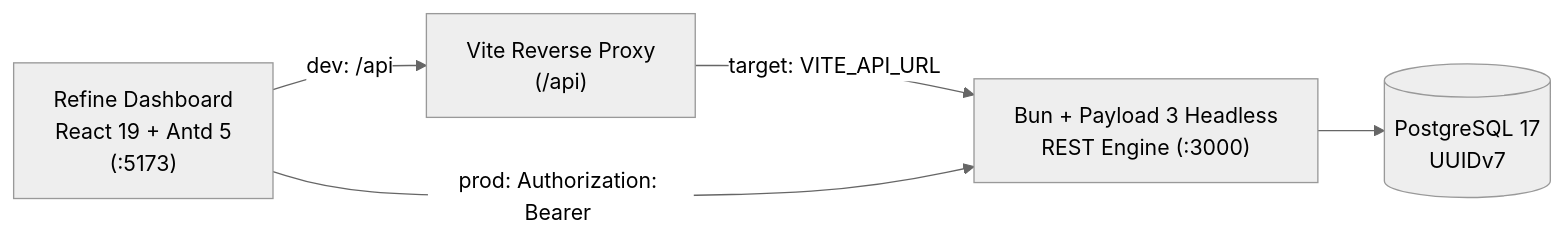
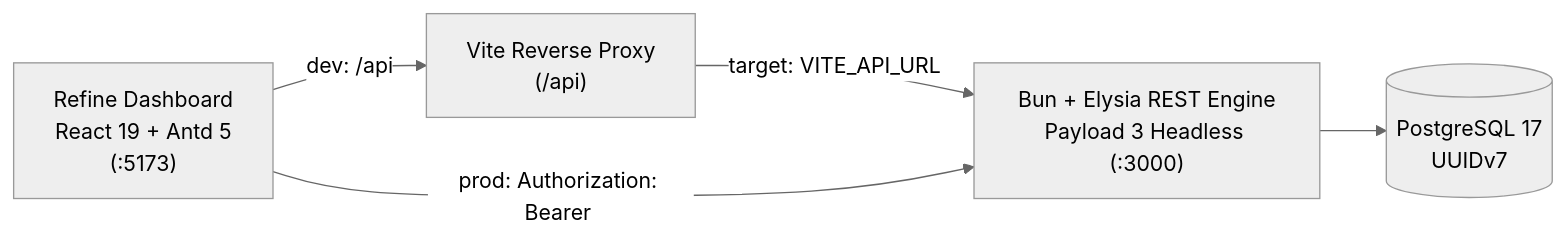
One commit to zeetec20/elysia-headless-cms changed the diagram in README.md. Above: the diagram before and after it, drawn with Mermaid (neutral theme). The commit also changed other lines of this file and 16 other files, not shown here.

````diff
--- a/README.md
+++ b/README.md
@@ -14,12 +14,12 @@
 ```mermaid
 graph LR
   UI["Refine Dashboard<br/>React 19 + Antd 5<br/>(:5173)"]
   Vite["Vite Reverse Proxy<br/>(/api)"]
-  API["Bun + Payload 3 Headless<br/>REST Engine (:3000)"]
+  API["Bun + Elysia REST Engine<br/>Payload 3 Headless (:3000)"]
   DB[("PostgreSQL 17<br/>UUIDv7")]
 
   UI -- "dev: /api" --> Vite
   Vite -- "target: VITE_API_URL" --> API
   UI -- "prod: Authorization: Bearer <token>" --> API
   API --> DB
 ```
````
